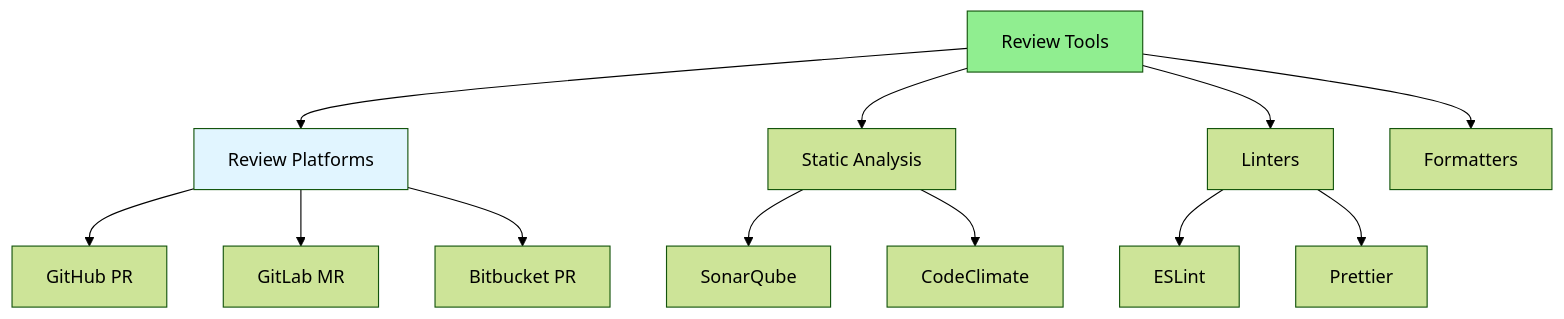
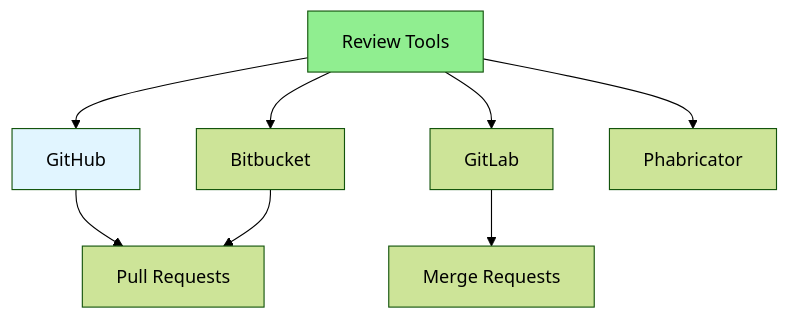
The diagram in Full-Stack-Guides/Group-08-Code-Review/08.10_Review_Tools.md (iouthnamain/tech-note), drawn with Mermaid (forest theme) before and after one commit. The commit also changed other lines of this file and 480 other files, not shown here.

````diff
--- a/Full-Stack-Guides/Group-08-Code-Review/08.10_Review_Tools.md
+++ b/Full-Stack-Guides/Group-08-Code-Review/08.10_Review_Tools.md
@@ -22,20 +22,14 @@
 ```mermaid
 graph TD
-    Tools[Review Tools] --> Platform[Review Platforms]
-    Tools --> Analysis[Static Analysis]
-    Tools --> Linting[Linters]
-    Tools --> Formatting[Formatters]
+    Tools[Review Tools] --> GitHub[GitHub]
+    Tools --> GitLab[GitLab]
+    Tools --> Bitbucket[Bitbucket]
+    Tools --> Phabricator[Phabricator]
     
-    Platform --> GitHub[GitHub PR]
-    Platform --> GitLab[GitLab MR]
-    Platform --> Bitbucket[Bitbucket PR]
-    
-    Analysis --> SonarQube[SonarQube]
-    Analysis --> CodeClimate[CodeClimate]
-    
-    Linting --> ESLint[ESLint]
-    Linting --> Prettier[Prettier]
+    GitHub --> PR[Pull Requests]
+    GitLab --> MR[Merge Requests]
+    Bitbucket --> PR[Pull Requests]
     
     style Tools fill:#90EE90
-    style Platform fill:#e1f5ff
+    style GitHub fill:#e1f5ff
 ```
````
